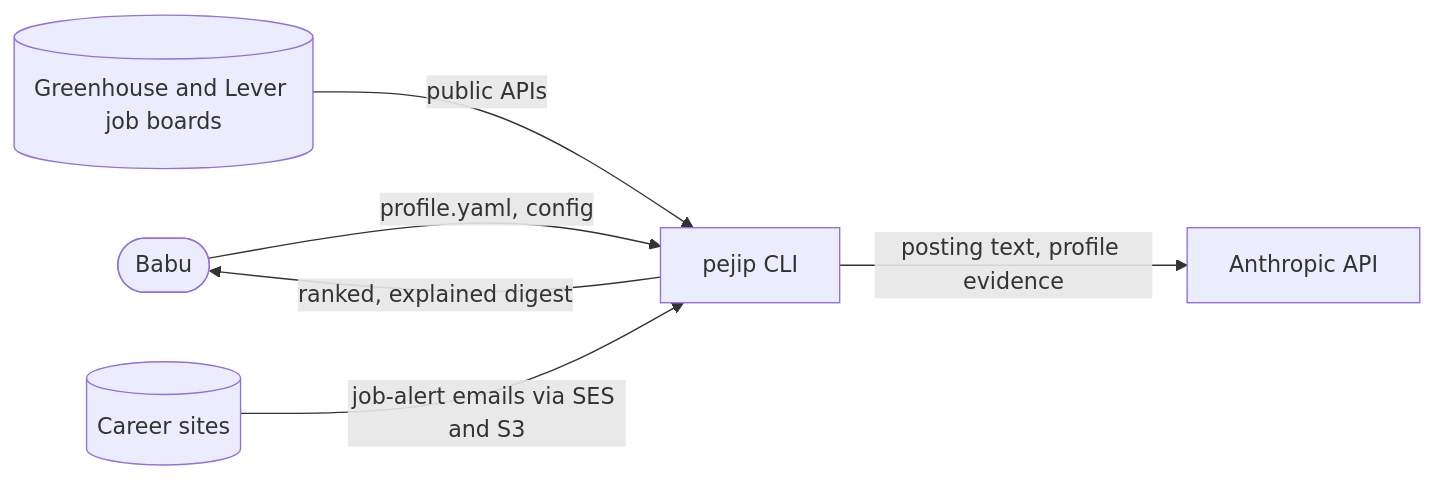
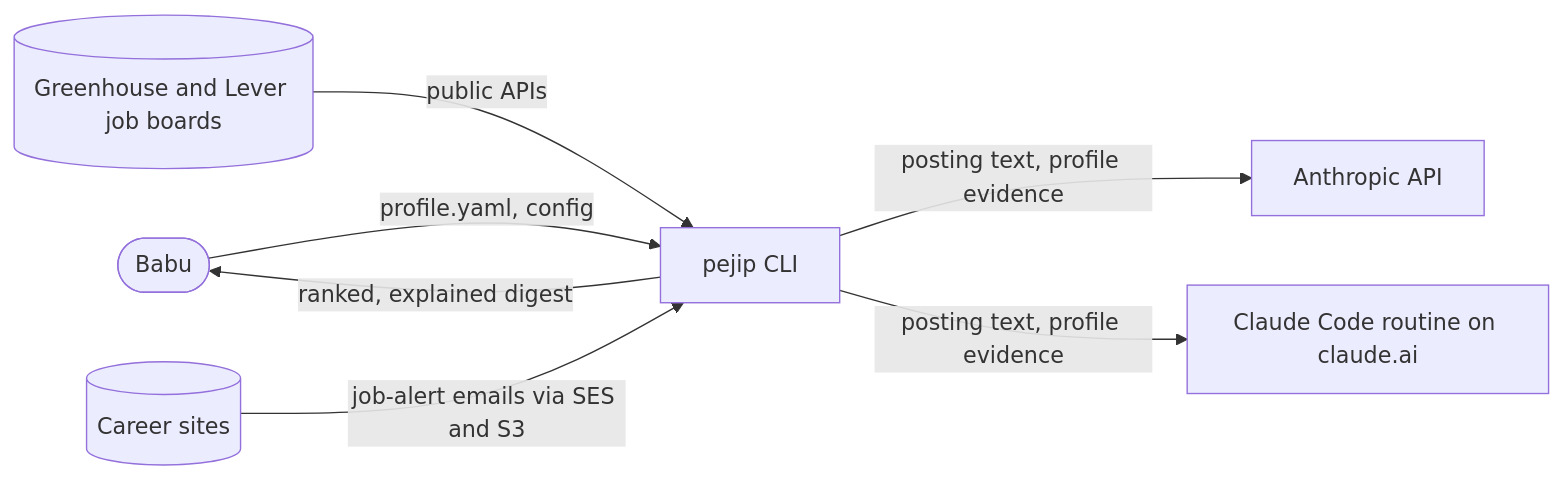
The first of 2 diagrams in docs/architecture/overview.md (madduri-ops/PEJIP), drawn with Mermaid before and after one commit. The commit also changed other lines of this file and 36 other files, not shown here.

First line of the commit message:
Rank daily roles through a Claude Code routine on Babu's plan (#43)

````diff
--- a/docs/architecture/overview.md
+++ b/docs/architecture/overview.md
@@ -12,8 +12,9 @@
 ```mermaid
 flowchart LR
     user([Babu]) -- profile.yaml, config --> pejip[pejip CLI]
     boards[(Greenhouse and Lever job boards)] -- public APIs --> pejip
     sites[(Career sites)] -- job-alert emails via SES and S3 --> pejip
     pejip -- posting text, profile evidence --> claude[Anthropic API]
+    pejip -- posting text, profile evidence --> routine[Claude Code routine on claude.ai]
     pejip -- ranked, explained digest --> user
 ```
````
